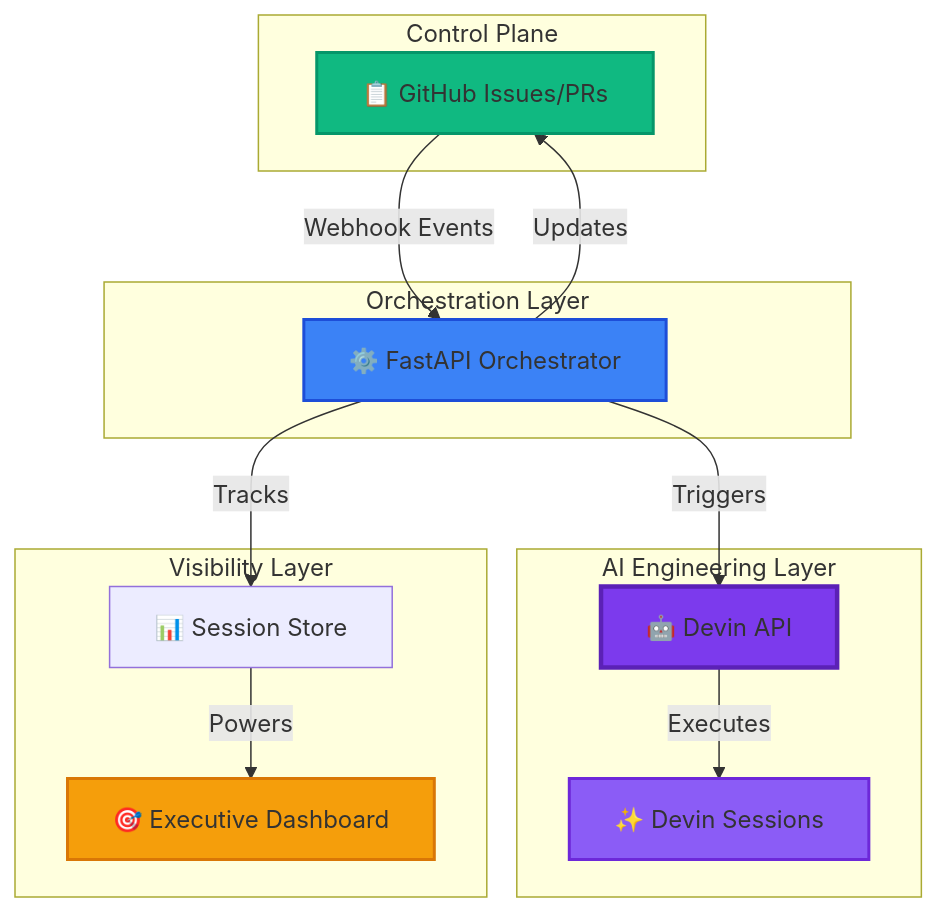
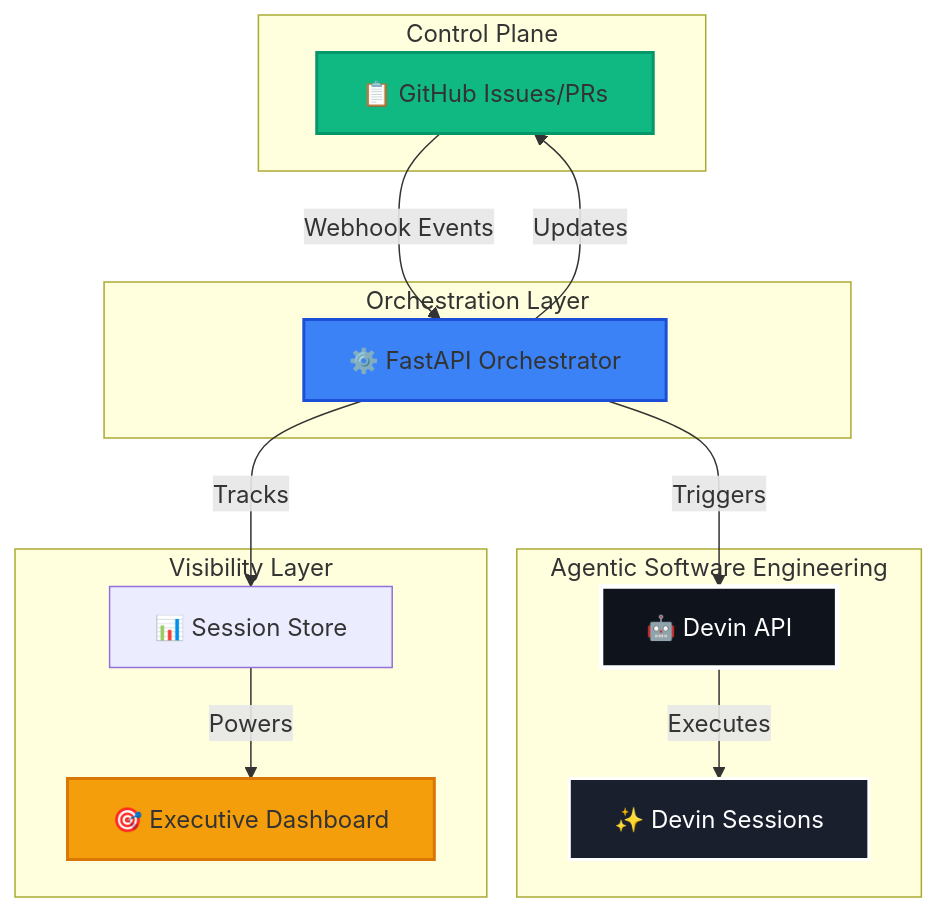
Before and after one commit to emillaurence/agentic-devin-swe-remediation: the diagram in README.md, drawn with Mermaid.

Commit message:
Update layer name to Agentic Software Engineering and apply Cognition brand colors to Devin

````diff
--- a/README.md
+++ b/README.md
@@ -25,33 +25,33 @@
 ```mermaid
 graph TB
     subgraph "Control Plane"
         GitHub[📋 GitHub Issues/PRs]
     end
 
     subgraph "Orchestration Layer"
         FastAPI[⚙️ FastAPI Orchestrator]
     end
 
-    subgraph "AI Engineering Layer"
+    subgraph "Agentic Software Engineering"
         Devin[🤖 Devin API]
         Sessions[✨ Devin Sessions]
     end
 
     subgraph "Visibility Layer"
         Store[📊 Session Store]
         Dashboard[🎯 Executive Dashboard]
     end
 
     GitHub -->|Webhook Events| FastAPI
     FastAPI -->|Triggers| Devin
     Devin -->|Executes| Sessions
     FastAPI -->|Updates| GitHub
     FastAPI -->|Tracks| Store
     Store -->|Powers| Dashboard
 
-    style Devin fill:#7c3aed,stroke:#5b21b6,stroke-width:3px
-    style Sessions fill:#8b5cf6,stroke:#6d28d9,stroke-width:2px
+    style Devin fill:#0F131C,stroke:#FFF,stroke-width:3px,color:#FFF
+    style Sessions fill:#1a1f2e,stroke:#FFF,stroke-width:2px,color:#FFF
     style FastAPI fill:#3b82f6,stroke:#1d4ed8,stroke-width:2px
     style GitHub fill:#10b981,stroke:#059669,stroke-width:2px
     style Dashboard fill:#f59e0b,stroke:#d97706,stroke-width:2px
 ```
````
